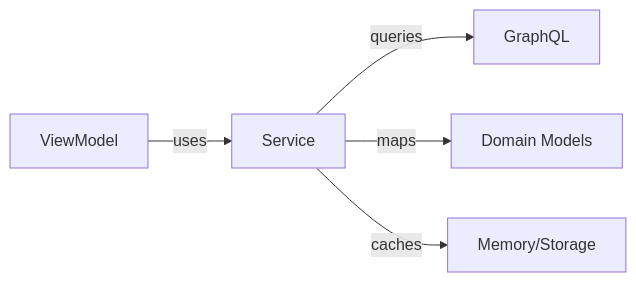
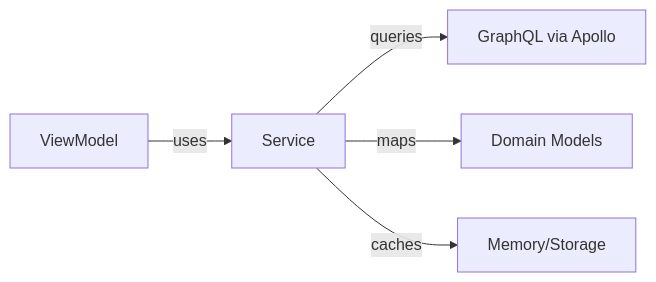
Before and after one commit to zachboyd/pantry: the diagram in apps/ios/Sources/PantryKit/Services/README.md, drawn with Mermaid. The commit also changed other lines of this file and 147 other files, not shown here.

````diff
--- a/apps/ios/Sources/PantryKit/Services/README.md
+++ b/apps/ios/Sources/PantryKit/Services/README.md
@@ -9,7 +11,7 @@
 ```mermaid
 graph LR
     A[ViewModel] -->|uses| B[Service]
-    B -->|queries| C[GraphQL]
+    B -->|queries| C[GraphQL via Apollo]
     B -->|maps| D[Domain Models]
     B -->|caches| E[Memory/Storage]
 ```
````
